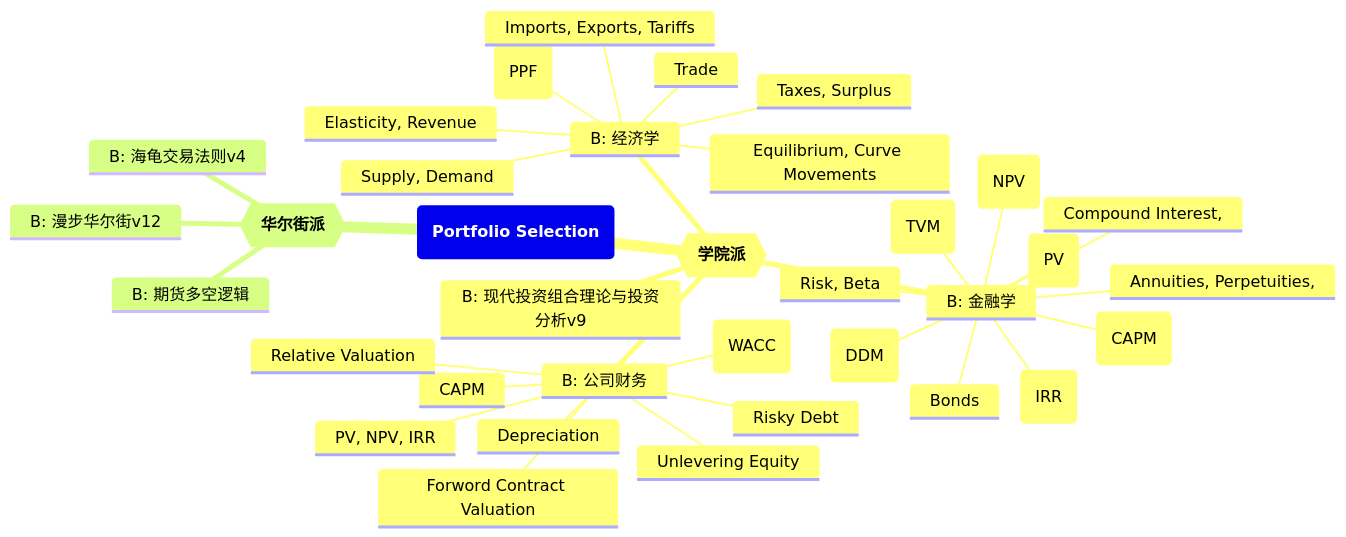
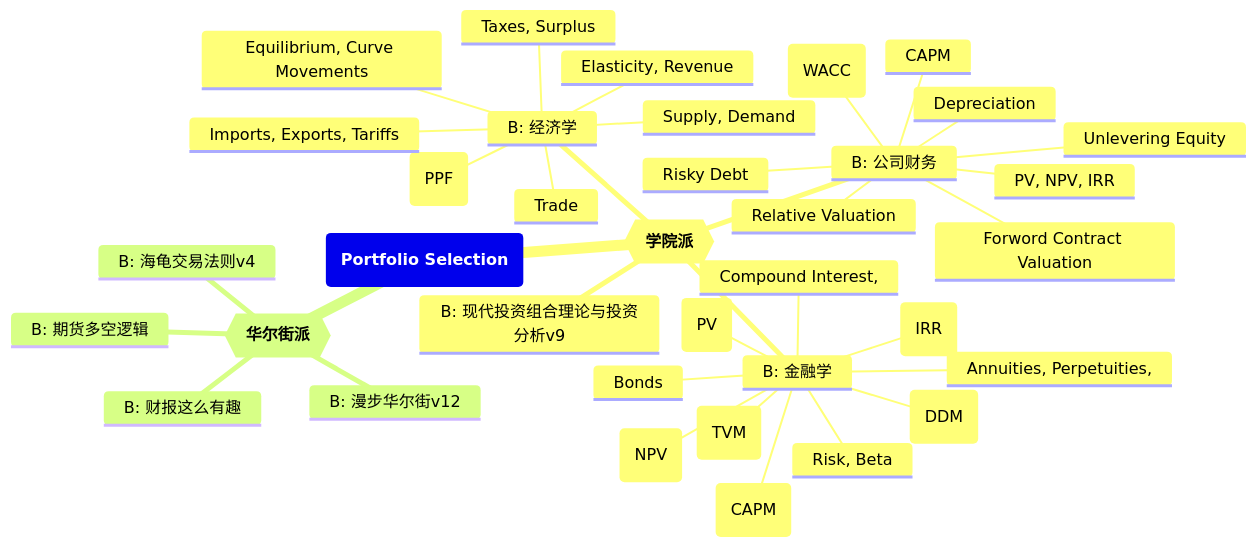
The diagram in PS_mindmap.md (GMyhf/2024spring-cs410), drawn with Mermaid before and after one commit. The commit also changed other lines of this file, not shown here.

````diff
--- a/PS_mindmap.md
+++ b/PS_mindmap.md
@@ -15,41 +15,42 @@
 ```mermaid
 mindmap
   root(**Portfolio Selection**)
     Academics{{**学院派**}}
     	B: 经济学
     		Production Possibilities Frontier (PPF)
     		Trade
     		Supply, Demand
     		Equilibrium, Curve Movements
     		Elasticity, Revenue
     		Taxes, Surplus
     		Imports, Exports, Tariffs
     	B: 金融学
     		Compound Interest, 
     		Present Value (PV)
     		Time Value of Money (TVM)
     		Net Present Value (NPV)
     		Internal Rate of Return (IRR)
     		Annuities, Perpetuities, 
     		Bonds 
     		Dividend Discount Model (DDM)
     		Risk, Beta
     		Capital Asset Pricing Model (CAPM)
     	B: 公司财务
     		PV, NPV, IRR
     		Depreciation
     		CAPM
     		Risky Debt
     		Unlevering Equity
     		Weighted Average Cost of Capital (WACC)
     		Relative Valuation
     		Forword Contract Valuation
     	B: 现代投资组合理论与投资分析v9
     		
       
     Wall Street{{**华尔街派**}}
     	B: 漫步华尔街v12
     	B: 海龟交易法则v4
     	B: 期货多空逻辑
+    	B: 财报这么有趣
 
 ```
````
